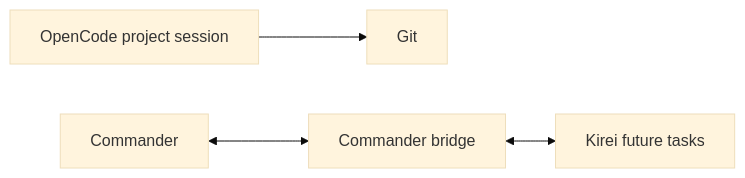
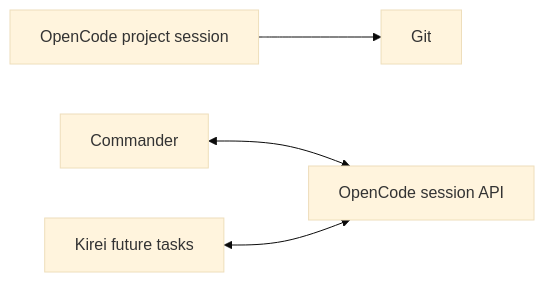
Before and after one commit to swiknaba/digitaltwin: the diagram in README.md, drawn with Mermaid (base theme). The commit also changed other lines of this file and 53 other files, not shown here.

Commit message:
Replace Commander bridge with normal OpenCode delivery

````diff
--- a/README.md
+++ b/README.md
@@ -11,6 +11,6 @@
 ```mermaid
 flowchart LR
   project[OpenCode project session] --> git[Git]
-  commander[Commander] <--> bridge[Commander bridge]
-  bridge <--> kirei[Kirei future tasks]
+  commander[Commander] <--> opencode[OpenCode session API]
+  kirei[Kirei future tasks] <--> opencode
 ```
````
